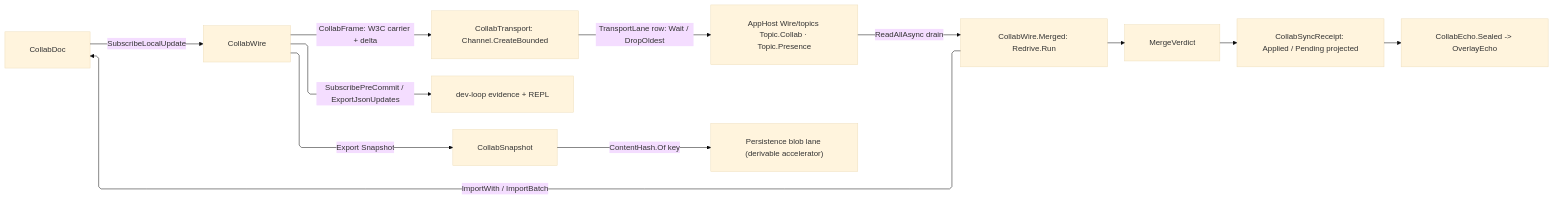
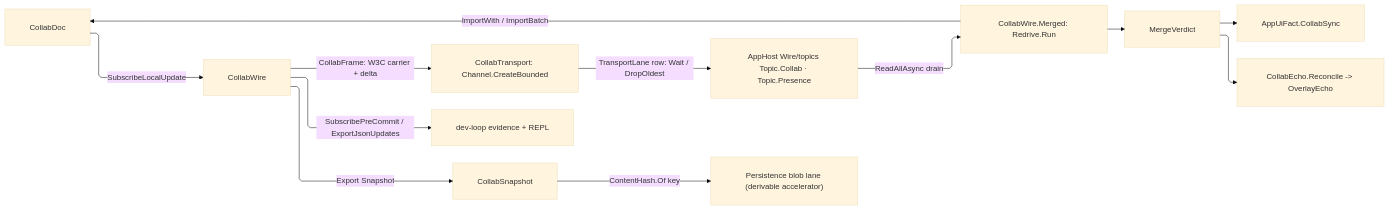
Before and after one commit to bsamiee/Rasm: the first of 2 diagrams in libs/dotnet/Rasm.AppUi/.planning/Collab/presence.md, drawn with Mermaid (base theme). The commit also changed other lines of this file and 1417 other files, not shown here.

````diff
--- a/libs/dotnet/Rasm.AppUi/.planning/Collab/presence.md
+++ b/libs/dotnet/Rasm.AppUi/.planning/Collab/presence.md
@@ -269,23 +251,23 @@
 ```mermaid
 ---
 config:
   layout: elk
   flowchart:
     curve: linear
     padding: 25
 ---
 flowchart LR
     accTitle: In-session delta transport and merge
-    accDescr: Local deltas frame with the W3C carrier, seat in a bounded lane channel whose row carries its back-pressure posture, and reach the AppHost transport; inbound frames merge under a redrive policy, seal a receipt carrying the merge verdict, and drive the optimistic overlay echo.
+    accDescr: Local deltas frame with the W3C carrier, seat in a bounded lane channel whose row carries its back-pressure posture, and reach the AppHost transport; inbound frames merge under a redrive policy, return the merge verdict, publish the AppUi sync fact, and drive the optimistic overlay echo.
     CollabDoc -->|SubscribeLocalUpdate| CollabWire
     CollabWire -->|"CollabFrame: W3C carrier + delta"| Lane["CollabTransport: Channel.CreateBounded"]
     Lane -->|"TransportLane row: Wait / DropOldest"| Transport["AppHost Wire/topics Topic.Collab · Topic.Presence"]
     Transport -->|ReadAllAsync drain| Merged["CollabWire.Merged: Redrive.Run"]
     Merged -->|ImportWith / ImportBatch| CollabDoc
     Merged --> Verdict[MergeVerdict]
-    Verdict --> Receipt["CollabSyncReceipt: Applied / Pending projected"]
-    Receipt --> Echo["CollabEcho.Sealed -> OverlayEcho"]
+    Verdict --> Fact["AppUiFact.CollabSync"]
+    Verdict --> Echo["CollabEcho.Reconcile -> OverlayEcho"]
     CollabWire -->|SubscribePreCommit / ExportJsonUpdates| Forensics["dev-loop evidence + REPL"]
     CollabWire -->|Export Snapshot| CollabSnapshot
     CollabSnapshot -->|ContentHash.Of key| Blob["Persistence blob lane (derivable accelerator)"]
 ```
````
